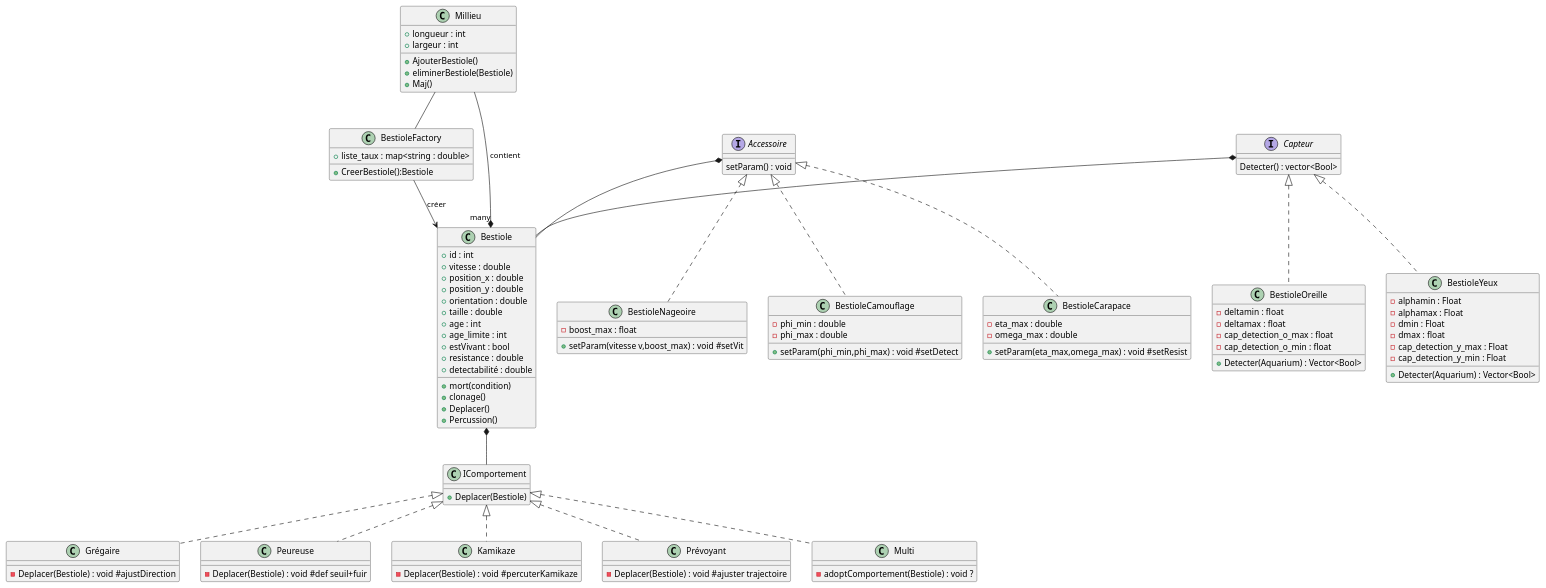
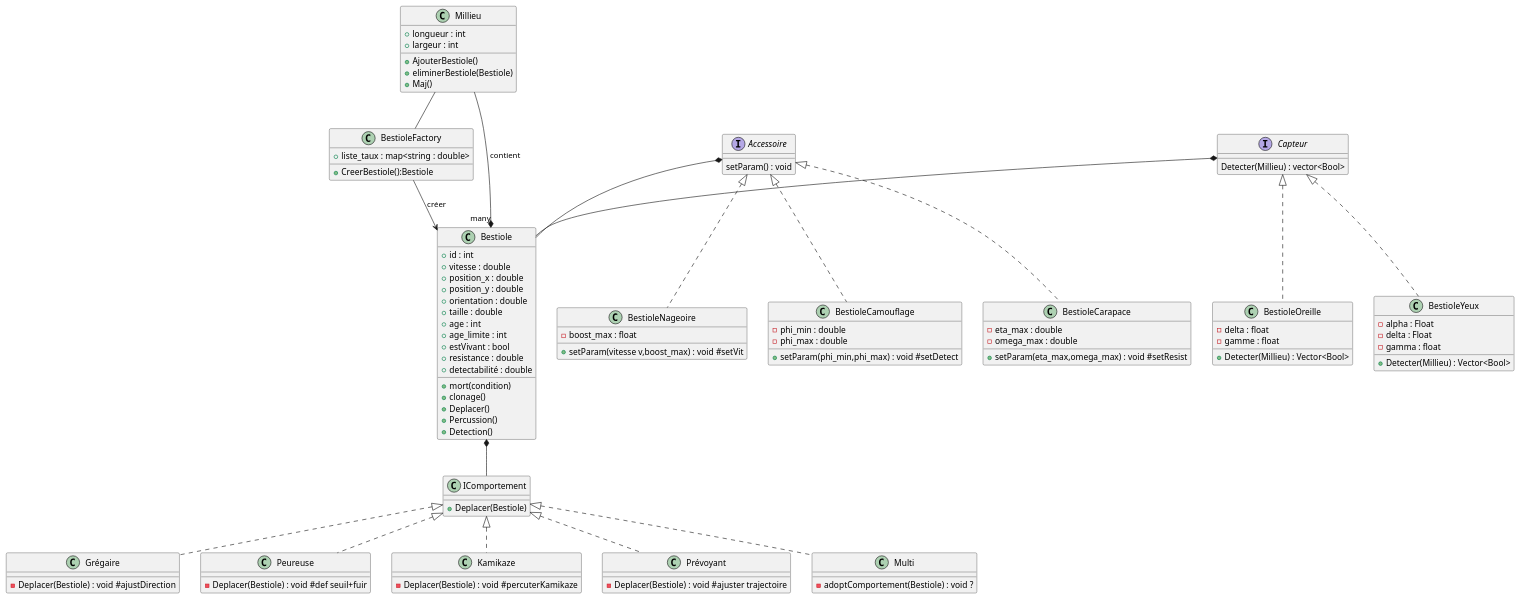
The diagram in diagramme.puml (Faberra57/BE), drawn with PlantUML before and after one commit.

Commit message:
changement diagramme classe

```diff
--- a/diagramme.puml
+++ b/diagramme.puml
@@ -1,133 +1,129 @@
 @startuml dd
 
 class BestioleFactory {
   + liste_taux : map<string : double>
   + CreerBestiole():Bestiole
 }
 
 class Bestiole {
     + id : int
     + vitesse : double
     + position_x : double
     + position_y : double
     + orientation : double
     + taille : double
     + age : int
     + age_limite : int
     + estVivant : bool
     + resistance : double
     + detectabilité : double
     + mort(condition)
     + clonage()
     + Deplacer()
     + Percussion()
+    + Detection()
 }
 
 class Millieu {
  + longueur : int
  + largeur : int
 
  +AjouterBestiole()
  +eliminerBestiole(Bestiole)
  +Maj()
 }
 
 class BestioleOreille {
-    - deltamin : float
-    - deltamax : float
-    - cap_detection_o_max : float
-    - cap_detection_o_min : float
-    + Detecter(Aquarium) : Vector<Bool> 
+    - delta : float
+    - gamme : float
+    + Detecter(Millieu) : Vector<Bool> 
 
 }
 
 Interface Accessoire {
   setParam() : void
 }
 
 Interface Capteur {
-  Detecter() : vector<Bool>
+  Detecter(Millieu) : vector<Bool>
 }
 
 
 class BestioleNageoire {  
     - boost_max : float
     + setParam(vitesse v,boost_max) : void #setVit
 }
 
 class BestioleCamouflage {
   - phi_min : double
   - phi_max : double
   + setParam(phi_min,phi_max) : void #setDetect
 }
 
 class BestioleCarapace {
   - eta_max : double
   - omega_max : double
   + setParam(eta_max,omega_max) : void #setResist
 }
 
 class BestioleYeux {
-  - alphamin : Float
-  - alphamax : Float
-  - dmin : Float
-  - dmax : float
-  - cap_detection_y_max : Float
-  - cap_detection_y_min : Float
-  + Detecter(Aquarium) : Vector<Bool>
+  - alpha : Float
+  - delta : Float
+  - gamma : float
+  + Detecter(Millieu) : Vector<Bool>
 }
 
 class IComportement {
   + Deplacer(Bestiole)
 }
 
 class Grégaire {
     -Deplacer(Bestiole) : void #ajustDirection
 
 }
 
 class Peureuse{
     -Deplacer(Bestiole) : void #def seuil+fuir
 
 }
 
 class Kamikaze{
     -Deplacer(Bestiole) : void #percuterKamikaze
 }
 
 class Prévoyant{
     -Deplacer(Bestiole) : void #ajuster trajectoire
 
 }
 
 
 class Multi{
     -adoptComportement(Bestiole) : void ?
 }
 
 BestioleFactory --> Bestiole : créer
 
 Capteur *-- Bestiole
 Capteur<|..BestioleOreille
 Capteur<|..BestioleYeux
 
 IComportement <|.. Grégaire
 IComportement <|.. Peureuse
 IComportement <|.. Kamikaze
 IComportement <|.. Prévoyant
 IComportement <|.. Multi
 Bestiole *-- IComportement
 
 
 
 Accessoire <|..BestioleNageoire
 Accessoire <|..BestioleCarapace
 Accessoire <|..BestioleCamouflage
 Accessoire *-- Bestiole
 
 
 Millieu --* "many" Bestiole : contient
 
 Millieu -- BestioleFactory
 
 @enduml
```
